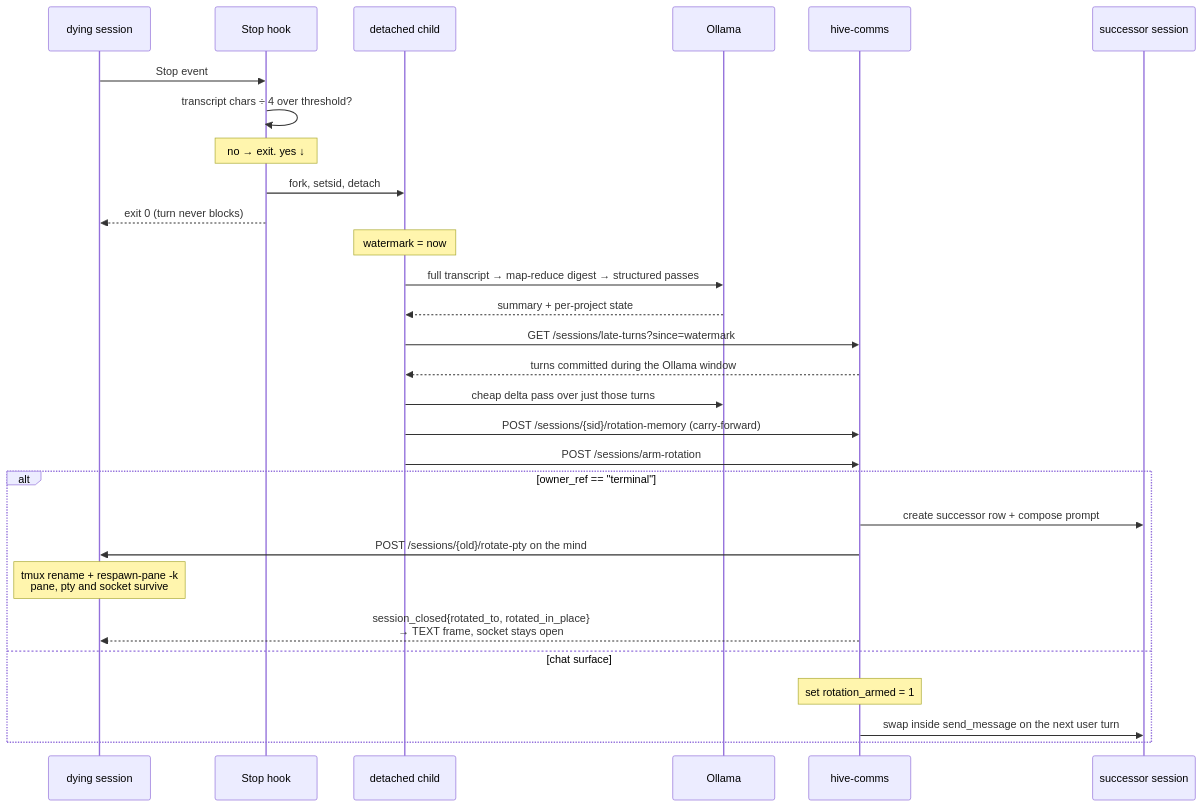
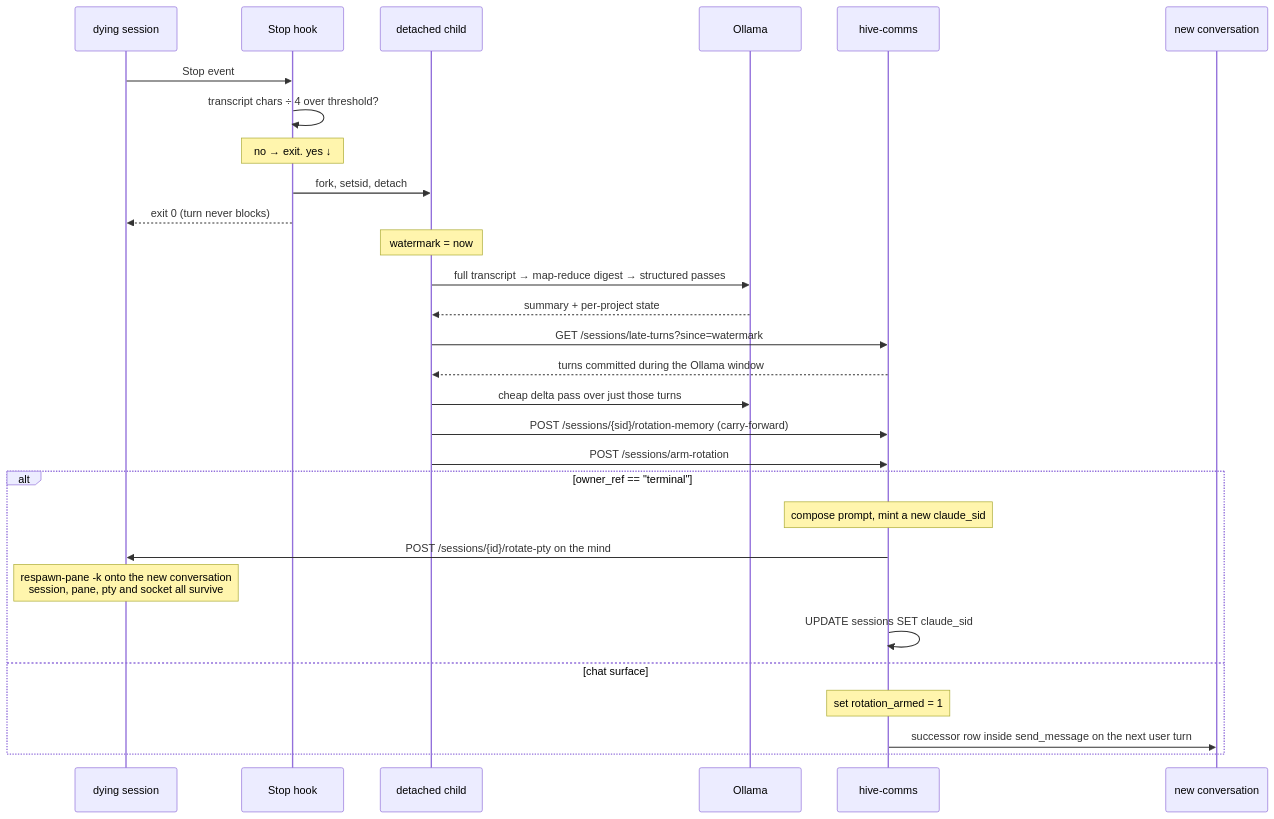
One commit to danielstewart77/hive-edge-minds changed the diagram in docs/memory-system/session-rotation.md. Above: the diagram before and after it, drawn with Mermaid. The commit also changed other lines of this file and 1 other file, not shown here.

Commit message:
docs: rotation replaces the conversation, the session id is permanent

````diff
--- a/docs/memory-system/session-rotation.md
+++ b/docs/memory-system/session-rotation.md
@@ -10,34 +16,34 @@
 ```mermaid
 sequenceDiagram
     participant M as dying session
     participant H as Stop hook
     participant BG as detached child
     participant O as Ollama
     participant NS as hive-comms
-    participant N as successor session
+    participant N as new conversation
 
     M->>H: Stop event
     H->>H: transcript chars ÷ 4 over threshold?
     Note over H: no → exit. yes ↓
     H->>BG: fork, setsid, detach
     H-->>M: exit 0 (turn never blocks)
 
     Note over BG: watermark = now
     BG->>O: full transcript → map-reduce digest → structured passes
     O-->>BG: summary + per-project state
     BG->>NS: GET /sessions/late-turns?since=watermark
     NS-->>BG: turns committed during the Ollama window
     BG->>O: cheap delta pass over just those turns
     BG->>NS: POST /sessions/{sid}/rotation-memory (carry-forward)
     BG->>NS: POST /sessions/arm-rotation
 
     alt owner_ref == "terminal"
-        NS->>N: create successor row + compose prompt
-        NS->>M: POST /sessions/{old}/rotate-pty on the mind
-        Note over M: tmux rename + respawn-pane -k<br/>pane, pty and socket survive
-        NS-->>M: session_closed{rotated_to, rotated_in_place}<br/>→ TEXT frame, socket stays open
+        Note over NS: compose prompt, mint a new claude_sid
+        NS->>M: POST /sessions/{id}/rotate-pty on the mind
+        Note over M: respawn-pane -k onto the new conversation<br/>session, pane, pty and socket all survive
+        NS->>NS: UPDATE sessions SET claude_sid
     else chat surface
         Note over NS: set rotation_armed = 1
-        NS->>N: swap inside send_message on the next user turn
+        NS->>N: successor row inside send_message on the next user turn
     end
 ```
````
